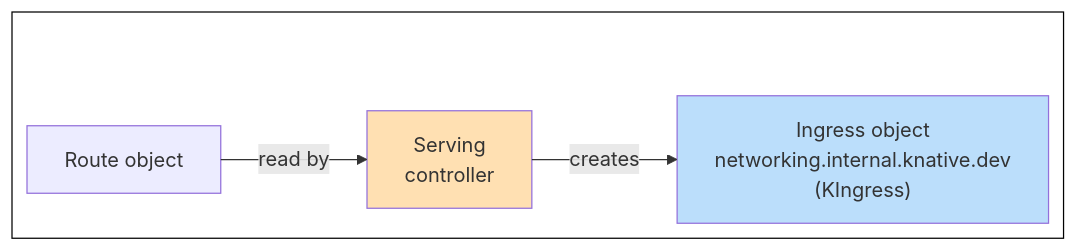
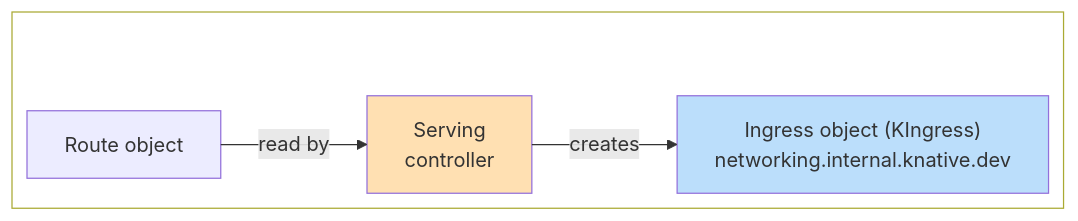
Before and after one commit to knative/docs: the first of 6 diagrams in docs/versioned/serving/config-network-adapters.md, drawn with Mermaid. The commit also changed other lines of this file, not shown here.

Commit message:
Update config-network-adapters.md
Chart formatting

````diff
--- a/docs/versioned/serving/config-network-adapters.md
+++ b/docs/versioned/serving/config-network-adapters.md
@@ -22,19 +22,19 @@
     ```mermaid
     ---
     config:
       layout: elk
       theme: default
     ---
     flowchart LR
-      subgraph flow[" "]
+      subgraph top[" "]
         direction LR
-            kingress1["Ingress object<br>networking.internal.knative.dev<br>(KIngress)"]
+            kingress1["Ingress object (KIngress)<br>networking.internal.knative.dev"]
             serving["Serving<br>controller"]
             route["Route object"]
       end
         route -- read by --> serving
         serving -- creates --> kingress1
         style kingress1 fill:#BBDEFB,stroke-width:1px,stroke-dasharray: 0
         style serving fill:#FFE0B2
-        style flow    background:transparent, border:none,fill:transparent,stroke:#000000
+        style top fill:transparent
     ```
````
